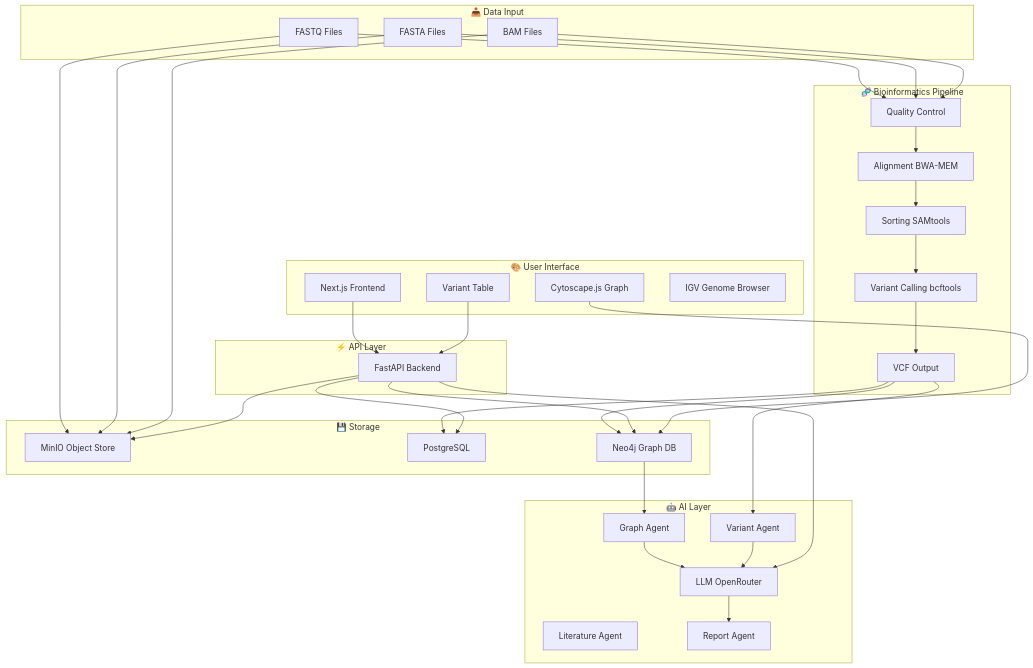
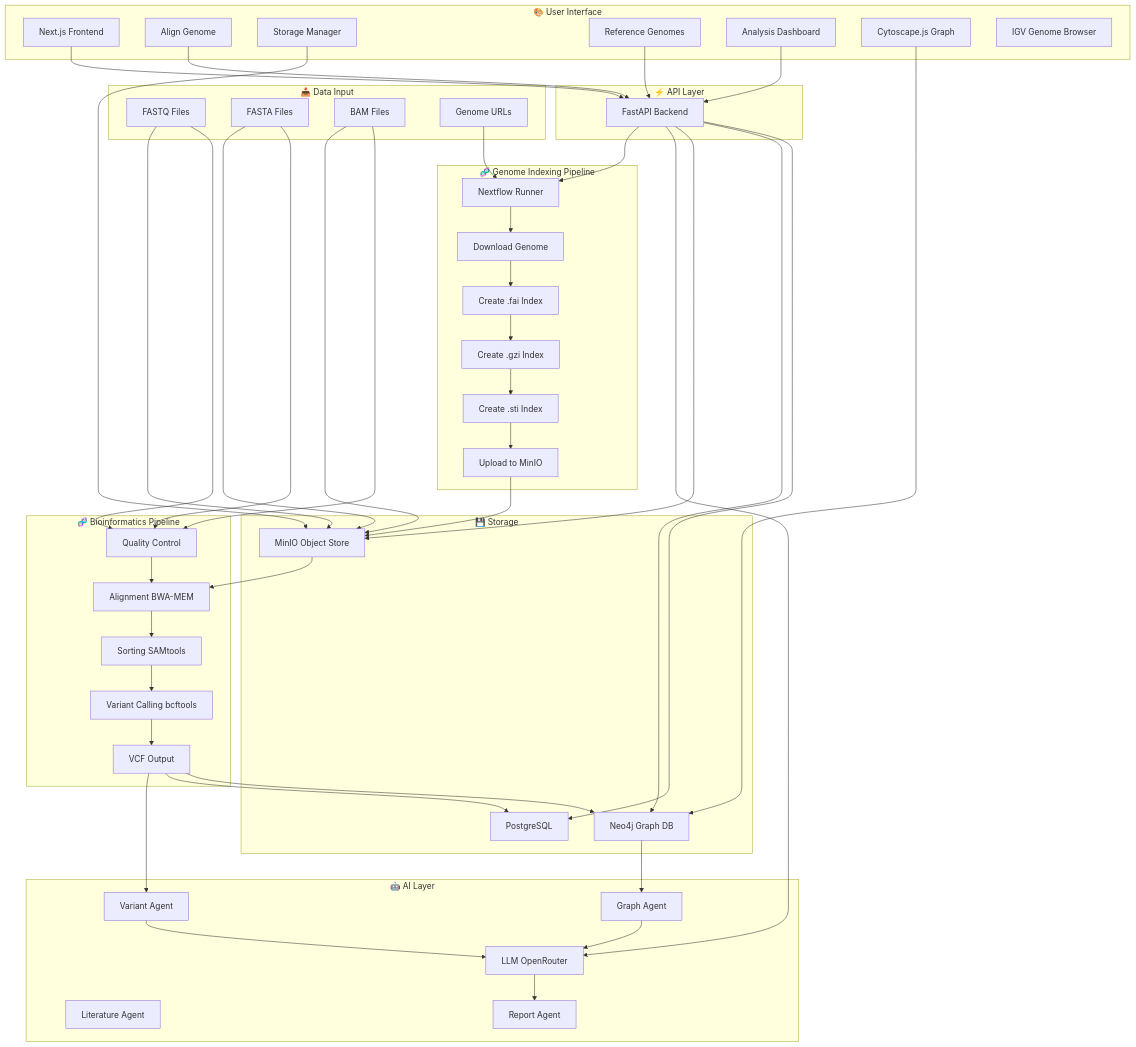
The first of 2 diagrams in README.md (rendergraf/AI-Genomics-Lab), drawn with Mermaid before and after one commit. The commit also changed other lines of this file, not shown here.

````diff
--- a/README.md
+++ b/README.md
@@ -80,6 +84,16 @@
         FASTQ[FASTQ Files]
         FASTA[FASTA Files]
         BAM[BAM Files]
+        GENOME_URL[Genome URLs]
+    end
+
+    subgraph Indexing["🧬 Genome Indexing Pipeline"]
+        NXF[Nextflow Runner]
+        DOWNLOAD[Download Genome]
+        FAI[Create .fai Index]
+        GZI[Create .gzi Index]
+        STI[Create .sti Index]
+        UPLOAD[Upload to MinIO]
     end
 
     subgraph Pipeline["🧬 Bioinformatics Pipeline"]
@@ -110,10 +124,21 @@
 
     subgraph UI["🎨 User Interface"]
         NEXT[Next.js Frontend]
+        ALIGN_UI[Align Genome]
+        STORAGE_UI[Storage Manager]
+        REF_UI[Reference Genomes]
+        ANALYSIS_UI[Analysis Dashboard]
         GRAPH[Cytoscape.js Graph]
-        TABLE[Variant Table]
         BROWSER[IGV Genome Browser]
     end
+
+    GENOME_URL --> NXF
+    NXF --> DOWNLOAD
+    DOWNLOAD --> FAI
+    FAI --> GZI
+    GZI --> STI
+    STI --> UPLOAD
+    UPLOAD --> MINIO
 
     FASTQ --> QC
     FASTA --> QC
@@ -128,6 +153,7 @@
     FASTQ --> MINIO
     FASTA --> MINIO
     BAM --> MINIO
+    MINIO --> ALIGN
 
     NEO4J --> GA
     GA --> LLM
@@ -139,8 +165,12 @@
     FASTAPI --> NEO4J
     FASTAPI --> MINIO
     FASTAPI --> LLM
+    FASTAPI --> NXF
     
     NEXT --> FASTAPI
+    ALIGN_UI --> FASTAPI
+    STORAGE_UI --> MINIO
+    REF_UI --> FASTAPI
+    ANALYSIS_UI --> FASTAPI
     GRAPH --> NEO4J
-    TABLE --> FASTAPI
 ```
````
